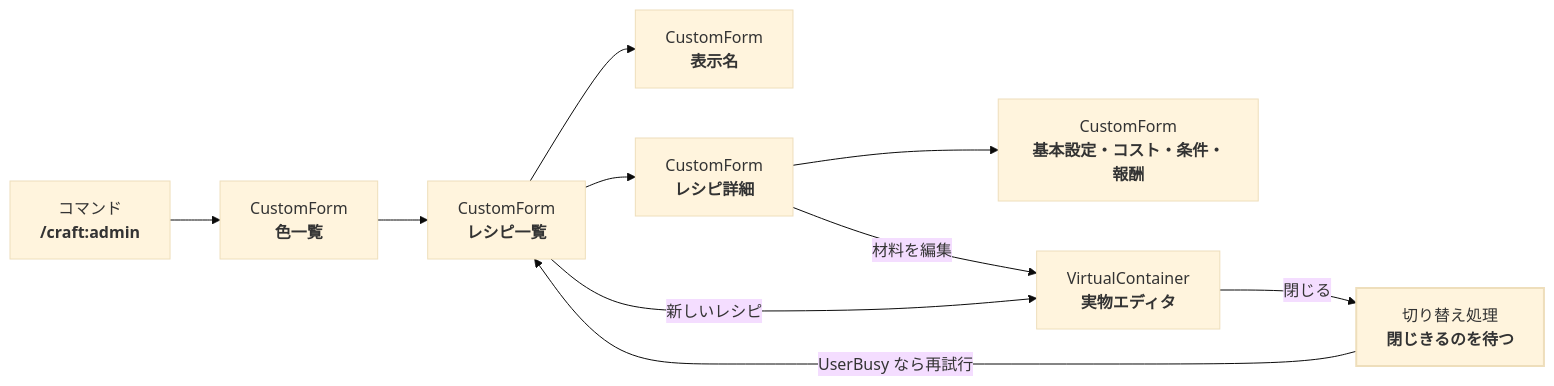
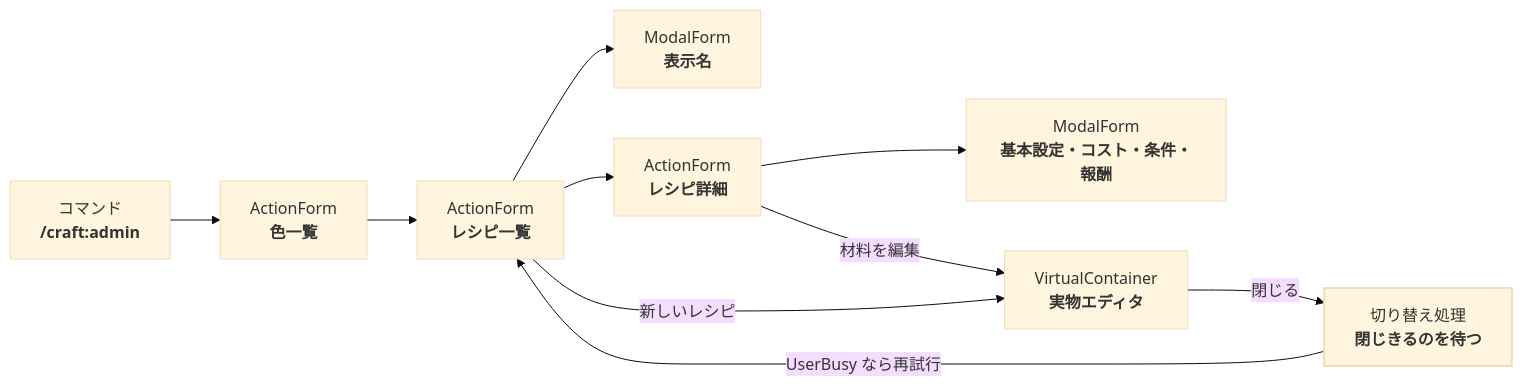
One commit to tutinoko2048/custom-crafting changed the diagram in docs/06-admin-ui.md. Above: the diagram before and after it, drawn with Mermaid (base theme). The commit also changed other lines of this file and 1 other file, not shown here.

First line of the commit message:
refactor: 管理画面を ActionForm / ModalForm に置き換える

````diff
--- a/docs/06-admin-ui.md
+++ b/docs/06-admin-ui.md
@@ -24,13 +27,13 @@
 ```mermaid
 flowchart LR
-    admin["コマンド<br/><b>/craft:admin</b>"] --> colors["CustomForm<br/><b>色一覧</b>"]
-    colors --> recipes["CustomForm<br/><b>レシピ一覧</b>"]
-    recipes --> name["CustomForm<br/><b>表示名</b>"]
-    recipes --> detail["CustomForm<br/><b>レシピ詳細</b>"]
-    detail --> section["CustomForm<br/><b>基本設定・コスト・条件・報酬</b>"]
+    admin["コマンド<br/><b>/craft:admin</b>"] --> colors["ActionForm<br/><b>色一覧</b>"]
+    colors --> recipes["ActionForm<br/><b>レシピ一覧</b>"]
+    recipes --> name["ModalForm<br/><b>表示名</b>"]
+    recipes --> detail["ActionForm<br/><b>レシピ詳細</b>"]
+    detail --> section["ModalForm<br/><b>基本設定・コスト・条件・報酬</b>"]
     recipes -- 新しいレシピ --> editor["VirtualContainer<br/><b>実物エディタ</b>"]
     detail -- 材料を編集 --> editor
     editor -- 閉じる --> wait["切り替え処理<br/><b>閉じきるのを待つ</b>"]
     wait -- UserBusy なら再試行 --> recipes
     style wait stroke-width:2px
 ```
````
